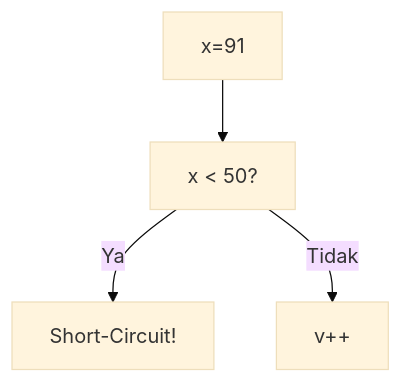
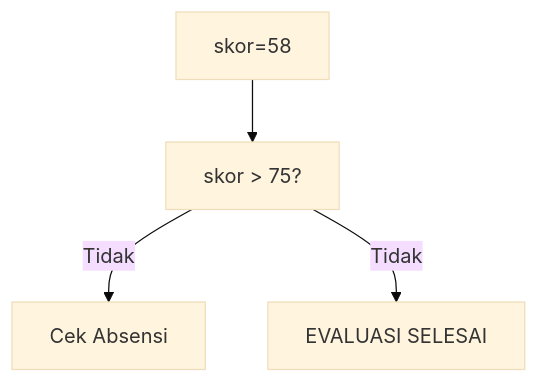
One commit to amnahwaida/OSNK_INF_PREP changed the tenth of 25 diagrams in part-c-pemahaman-cpp/02-percabangan/latihan/set-10.md. Above: the diagram before and after it, drawn with Mermaid (base theme). The commit also changed other lines of this file and 71 other files, not shown here.

````diff
--- a/part-c-pemahaman-cpp/02-percabangan/latihan/set-10.md
+++ b/part-c-pemahaman-cpp/02-percabangan/latihan/set-10.md
@@ -276,6 +290,6 @@
 ```mermaid
 graph TD
-A["x=91"] --> B["x < 50?"]
-B -- Ya --> C["Short-Circuit!"]
-B -- Tidak --> D["v++"]
+A["skor=58"] --> B["skor > 75?"]
+B -- Tidak --> C["Cek Absensi"]
+B -- Tidak --> D["EVALUASI SELESAI"]
 ```
````
